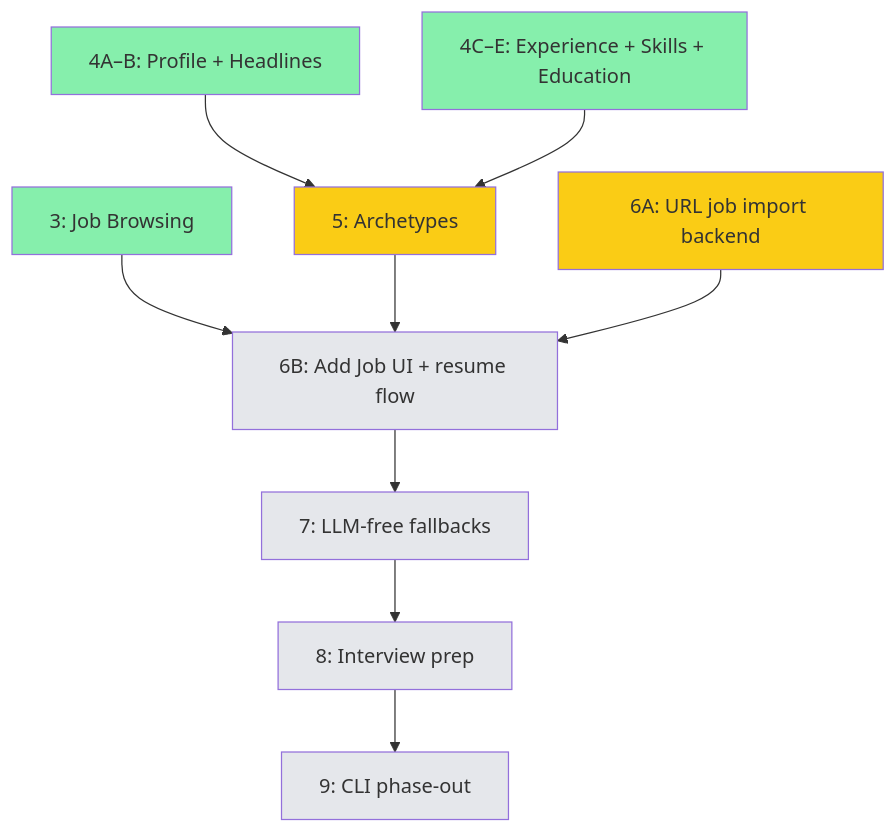
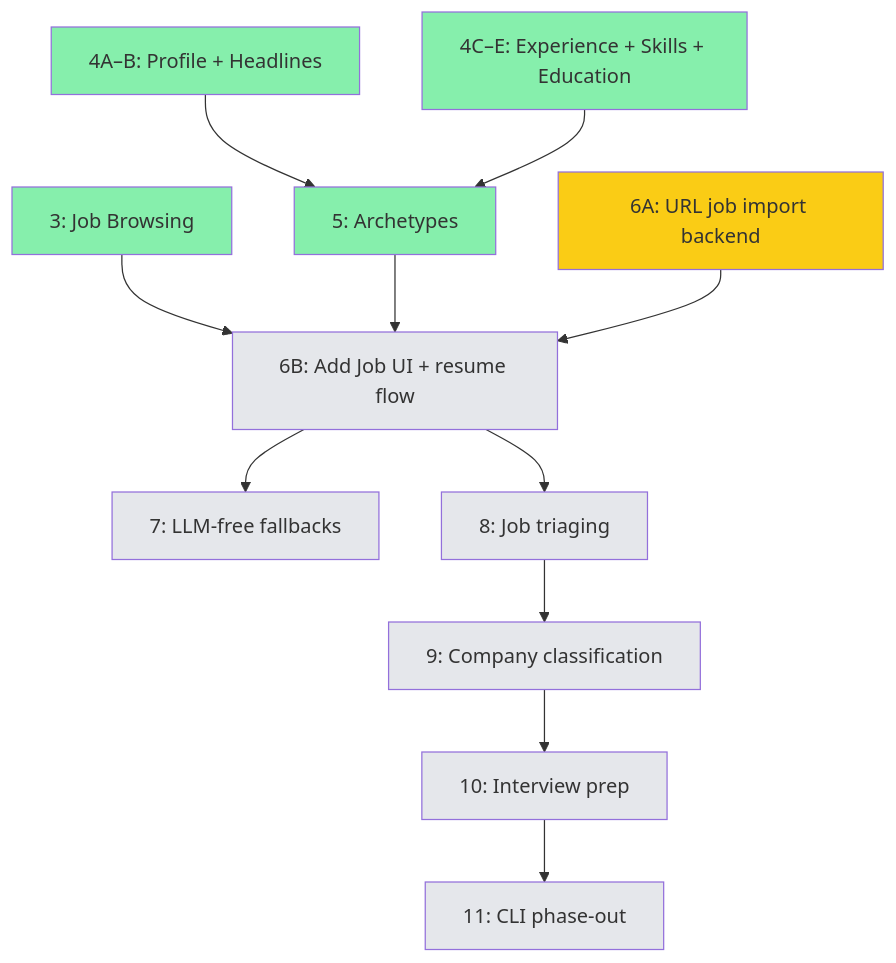
One commit to bluebird-labs/TailoredIn changed the diagram in GOALS.md. Above: the diagram before and after it, drawn with Mermaid. The commit also changed other lines of this file and 2 other files, not shown here.

````diff
--- a/GOALS.md
+++ b/GOALS.md
@@ -65,21 +74,25 @@
 ```mermaid
 graph TD
     M3["3: Job Browsing"] --> M6B["6B: Add Job UI + resume flow"]
     M4AB["4A–B: Profile + Headlines"] --> M5["5: Archetypes"]
     M4CDE["4C–E: Experience + Skills + Education"] --> M5
     M5 --> M6B
     M6A["6A: URL job import backend"] --> M6B
     M6B --> M7["7: LLM-free fallbacks"]
-    M7 --> M8["8: Interview prep"]
-    M8 --> M9["9: CLI phase-out"]
+    M6B --> M8["8: Job triaging"]
+    M8 --> M9["9: Company classification"]
+    M9 --> M10["10: Interview prep"]
+    M10 --> M11["11: CLI phase-out"]
 
     style M3 fill:#86efac
     style M4AB fill:#86efac
     style M4CDE fill:#86efac
-    style M5 fill:#facc15
+    style M5 fill:#86efac
     style M6A fill:#facc15
     style M6B fill:#e5e7eb
     style M7 fill:#e5e7eb
     style M8 fill:#e5e7eb
     style M9 fill:#e5e7eb
+    style M10 fill:#e5e7eb
+    style M11 fill:#e5e7eb
 ```
````
